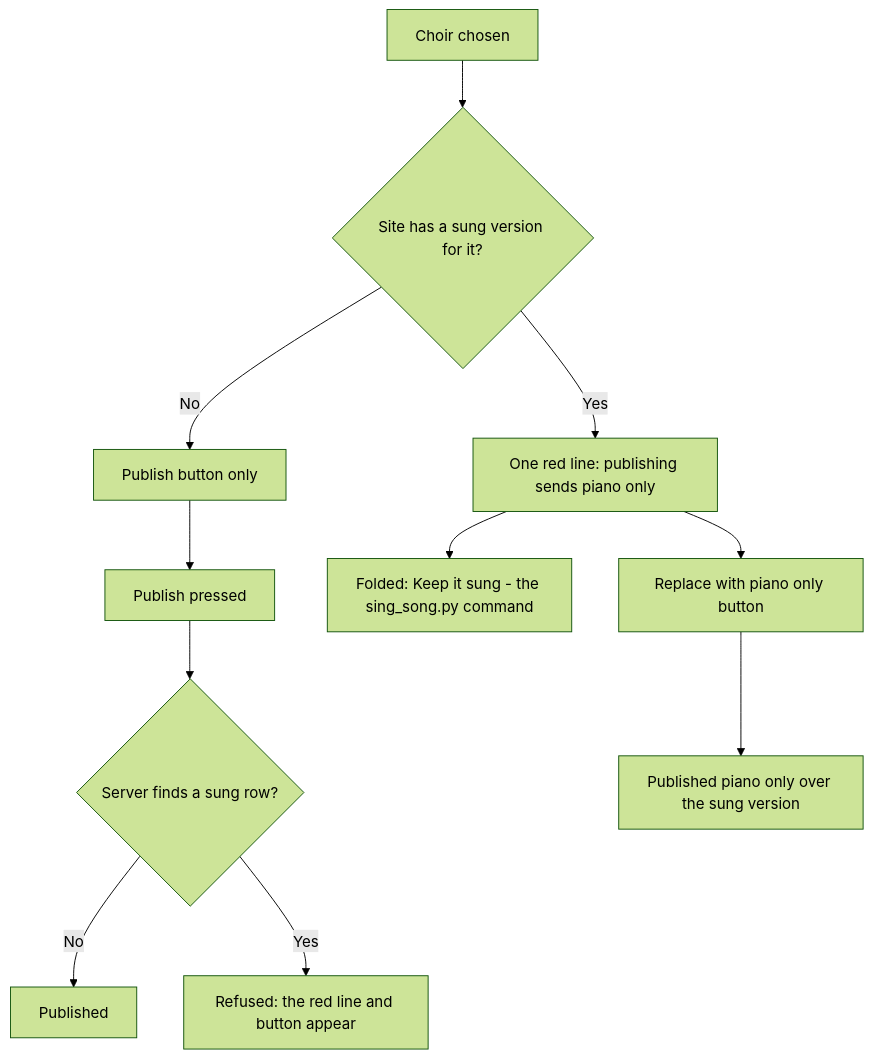
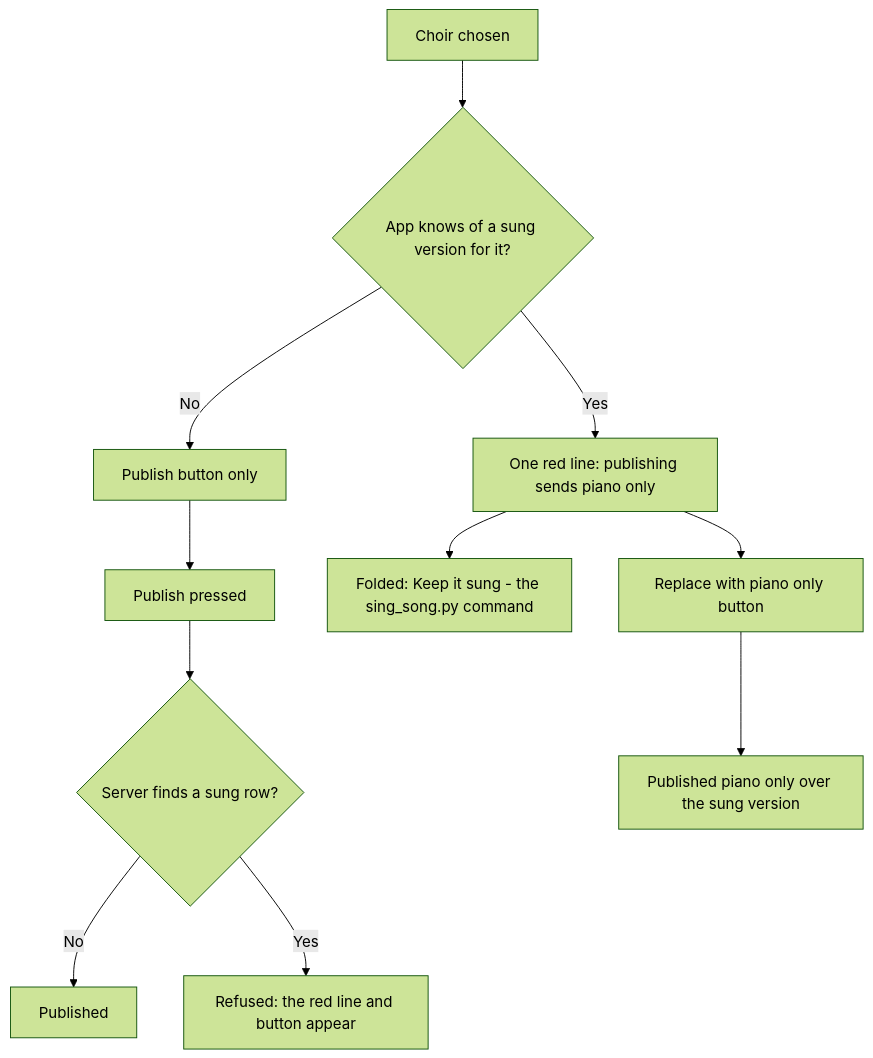
The diagram in docs/diagrams/publish-panel-sung-version.md (eerovil/musescore-choir-plugins), drawn with Mermaid (forest theme) before and after one commit. The commit also changed other lines of this file, not shown here.

Commit message:
Diagram: the red line shows when the app knows of a sung version

````diff
--- a/docs/diagrams/publish-panel-sung-version.md
+++ b/docs/diagrams/publish-panel-sung-version.md
@@ -7,17 +7,17 @@
 ```mermaid
 flowchart TD
-    pick[Choir chosen] --> sung{Site has a sung version for it?}
+    pick[Choir chosen] --> sung{App knows of a sung version for it?}
     sung -- No --> plain[Publish button only]
     sung -- Yes --> line[One red line: publishing sends piano only]
     line --> replace[Replace with piano only button]
     line --> keep[Folded: Keep it sung - the sing_song.py command]
     plain --> press[Publish pressed]
     press --> server{Server finds a sung row?}
     server -- No --> done[Published]
     server -- Yes --> refused[Refused: the red line and button appear]
     replace --> pianoonly[Published piano only over the sung version]
 
     class line,keep,refused amber
     class replace,pianoonly rose
     class pick,plain,press,done blue
 ```
````
